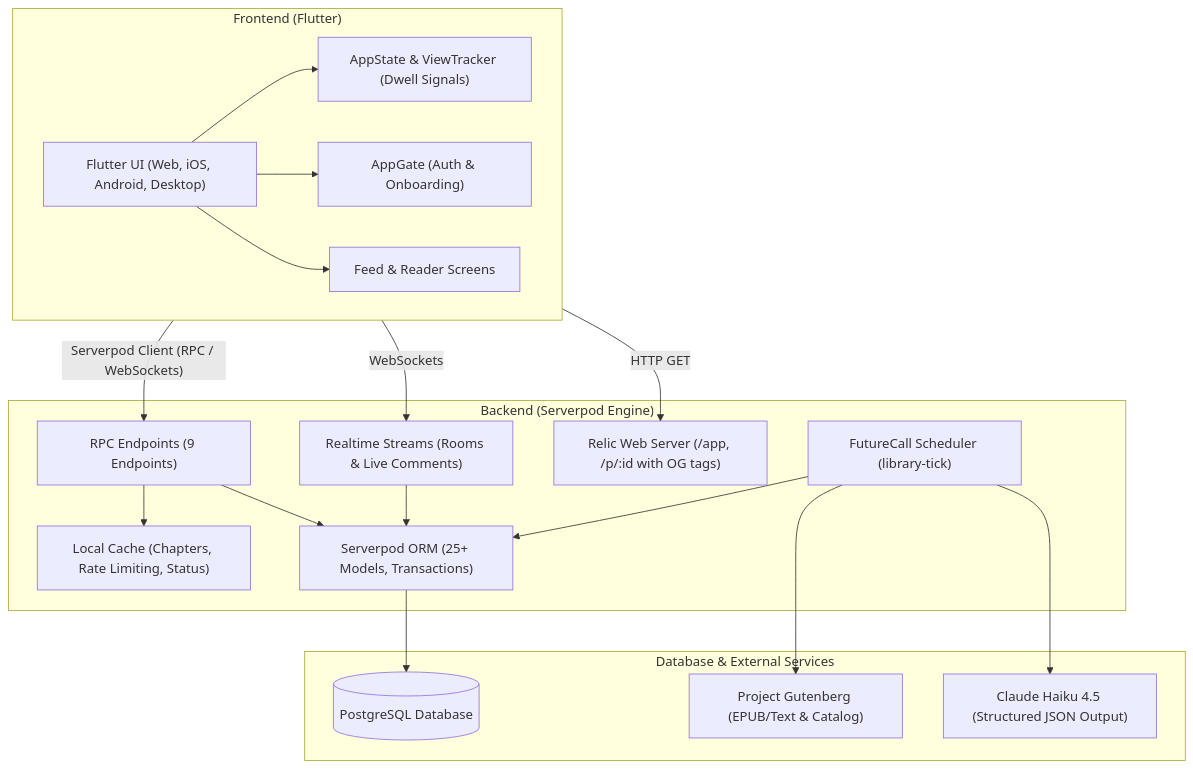
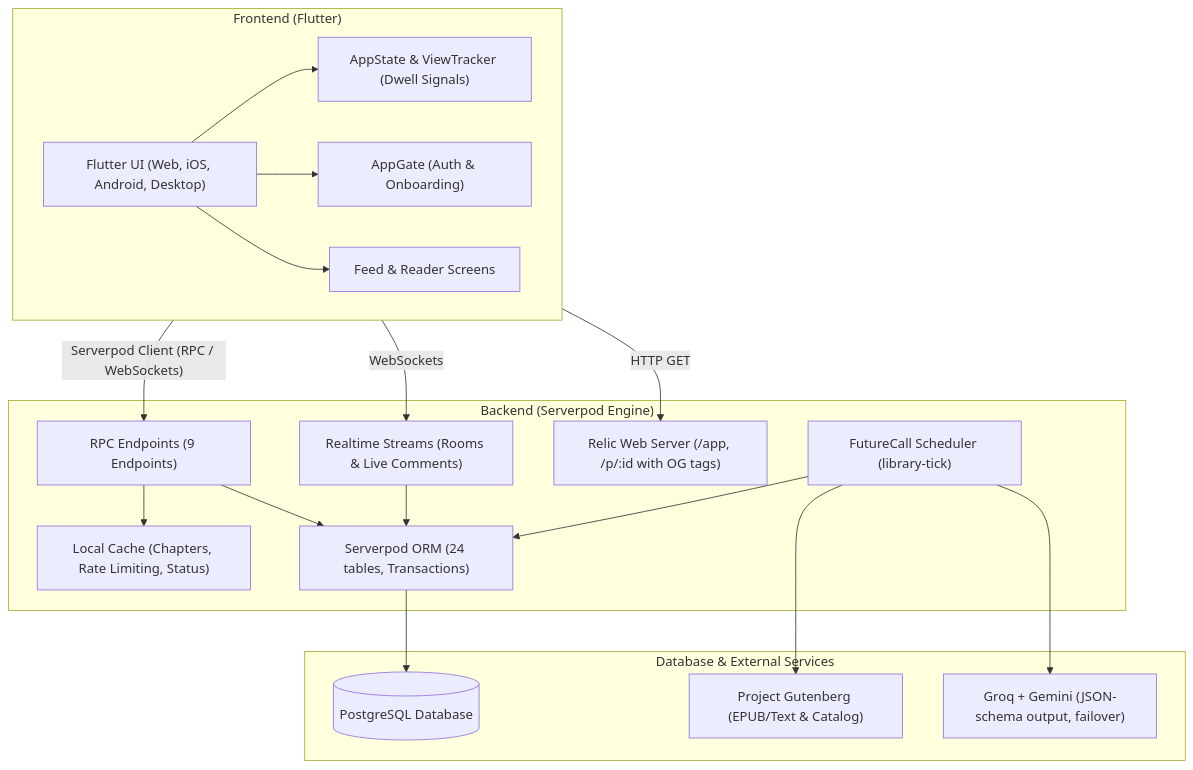
The diagram in README.md (SheunDiran/limick), drawn with Mermaid before and after one commit. The commit also changed other lines of this file and 110 other files, not shown here.

Commit message:
feat: implement notifications, official account service, LLM failover pool, and complete test suites

````diff
--- a/README.md
+++ b/README.md
@@ -40,38 +44,38 @@
 ```mermaid
 graph TD
     subgraph Client ["Frontend (Flutter)"]
         UI["Flutter UI (Web, iOS, Android, Desktop)"]
         Gate["AppGate (Auth & Onboarding)"]
         FeedW["Feed & Reader Screens"]
         State["AppState & ViewTracker (Dwell Signals)"]
         UI --> State
         UI --> Gate
         UI --> FeedW
     end
 
     subgraph Serverpod ["Backend (Serverpod Engine)"]
         Endpoints["RPC Endpoints (9 Endpoints)"]
         Streams["Realtime Streams (Rooms & Live Comments)"]
         WebServer["Relic Web Server (/app, /p/:id with OG tags)"]
         Cache["Local Cache (Chapters, Rate Limiting, Status)"]
-        ORM["Serverpod ORM (25+ Models, Transactions)"]
+        ORM["Serverpod ORM (24 tables, Transactions)"]
         FutureCalls["FutureCall Scheduler (library-tick)"]
     end
 
     subgraph Data ["Database & External Services"]
         PG[(PostgreSQL Database)]
         Gutenberg["Project Gutenberg (EPUB/Text & Catalog)"]
-        Claude["Claude Haiku 4.5 (Structured JSON Output)"]
+        LLM["Groq + Gemini (JSON-schema output, failover)"]
     end
 
     Client -->|"Serverpod Client (RPC / WebSockets)"| Endpoints
     Client -->|"WebSockets"| Streams
     Client -->|"HTTP GET"| WebServer
     Endpoints --> ORM
     Streams --> ORM
     Endpoints --> Cache
     ORM --> PG
     FutureCalls --> ORM
     FutureCalls --> Gutenberg
-    FutureCalls --> Claude
+    FutureCalls --> LLM
 ```
````
